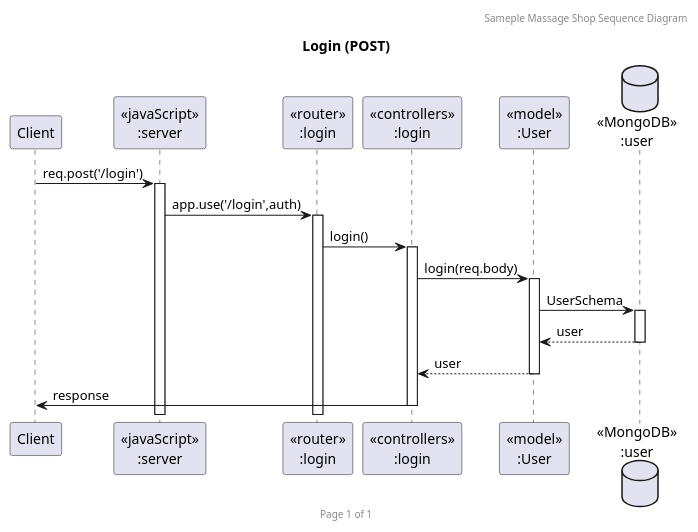
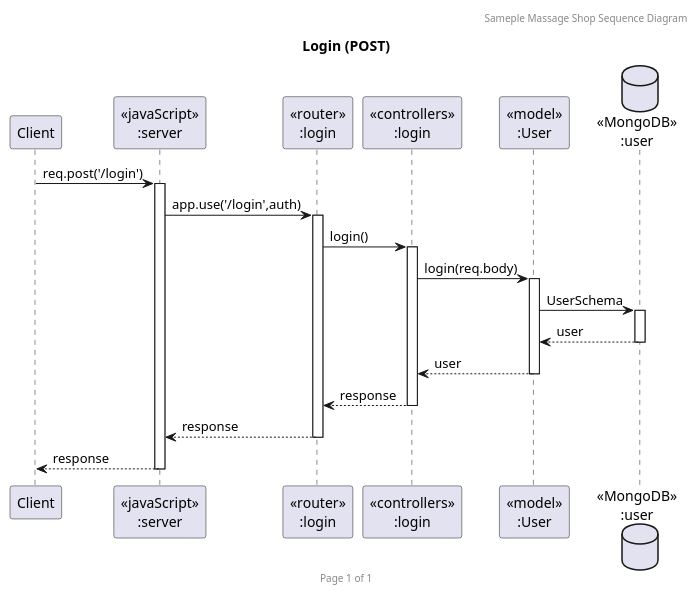
The diagram in MassageSequence_login.puml (BabeTanya/massage-catherine), drawn with PlantUML before and after one commit. The commit also changed 3 other files, not shown here.

Commit message:
Revise sequence diagram auth

```diff
--- a/MassageSequence_login.puml
+++ b/MassageSequence_login.puml
@@ -1,23 +1,25 @@
 @startuml Login (POST)
 
 header Sameple Massage Shop Sequence Diagram
 footer Page %page% of %lastpage%
 title "Login (POST)"
 
 participant "Client" as client
 participant "<<javaScript>>\n:server" as server
 participant "<<router>>\n:login" as routerLogin
 participant "<<controllers>>\n:login" as controllersLogin
 participant "<<model>>\n:User" as modelUser
 database "<<MongoDB>>\n:user" as UserDatabase
 
 client->server ++:req.post('/login')
 server->routerLogin ++:app.use('/login',auth)
 routerLogin -> controllersLogin ++:login()
 controllersLogin->modelUser ++:login(req.body)
 modelUser ->UserDatabase ++: UserSchema
 UserDatabase --> modelUser --: user
 controllersLogin <-- modelUser --:user
-controllersLogin->client --:response
+routerLogin <-- controllersLogin --:response
+server <-- routerLogin --:response
+client <-- server --:response
 
 @enduml
```
